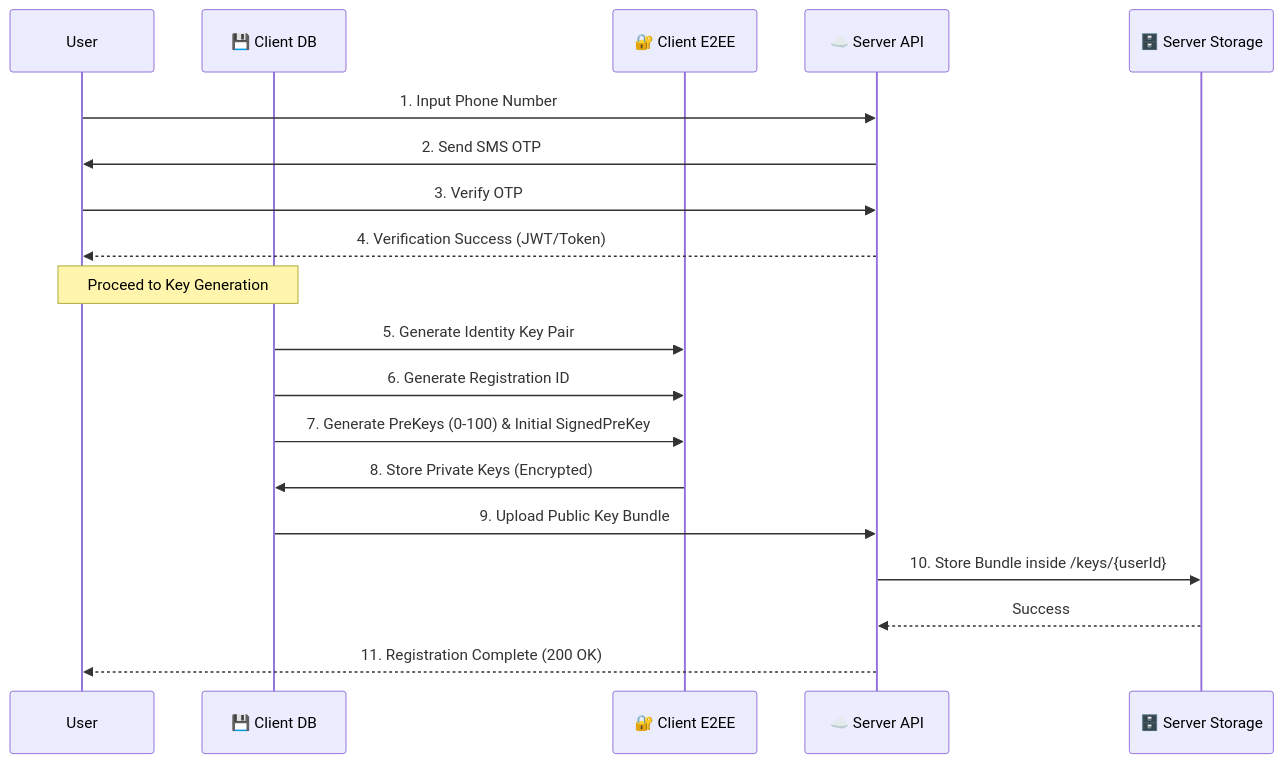
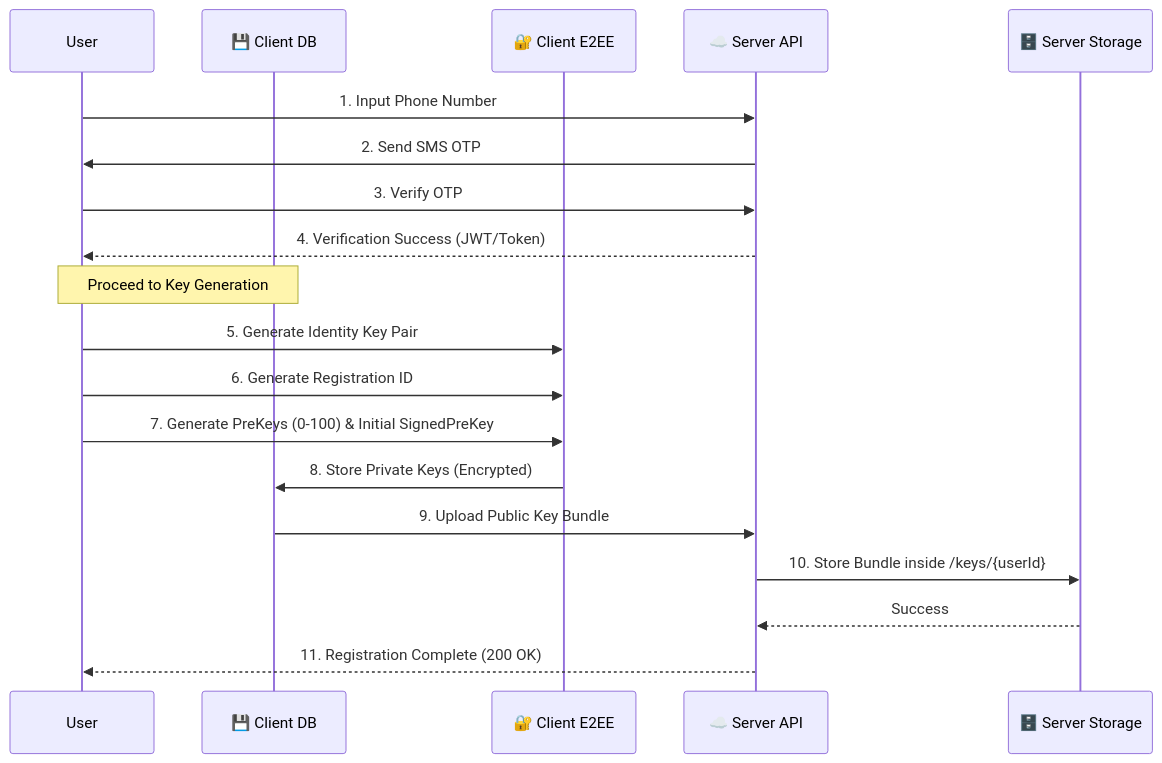
Before and after one commit to pingappduniya-oss/Ping-App-Complete-Use-Case-Flows-Technical-Deep-Dive-: the first of 18 diagrams in CompleteUseCaseFlows.md, drawn with Mermaid. The commit also changed other lines of this file, not shown here.

````diff
--- a/CompleteUseCaseFlows.md
+++ b/CompleteUseCaseFlows.md
@@ -11,25 +11,25 @@
 ```mermaid
 sequenceDiagram
     participant User
     participant CDB as 💾 Client DB
     participant E2EE as 🔐 Client E2EE
     participant Server as ☁️ Server API
     participant SS as 🗄️ Server Storage
 
     User->>Server: 1. Input Phone Number
     Server->>User: 2. Send SMS OTP
     User->>Server: 3. Verify OTP
     Server-->>User: 4. Verification Success (JWT/Token)
 
     Note over User, CDB: Proceed to Key Generation
-    CDB->>E2EE: 5. Generate Identity Key Pair
-    CDB->>E2EE: 6. Generate Registration ID
-    CDB->>E2EE: 7. Generate PreKeys (0-100) & Initial SignedPreKey
+    User->>E2EE: 5. Generate Identity Key Pair
+    User->>E2EE: 6. Generate Registration ID
+    User->>E2EE: 7. Generate PreKeys (0-100) & Initial SignedPreKey
     
     E2EE->>CDB: 8. Store Private Keys (Encrypted)
     
     CDB->>Server: 9. Upload Public Key Bundle
     Server->>SS: 10. Store Bundle inside /keys/{userId}
     SS-->>Server: Success
     Server-->>User: 11. Registration Complete (200 OK)
 ```
````
